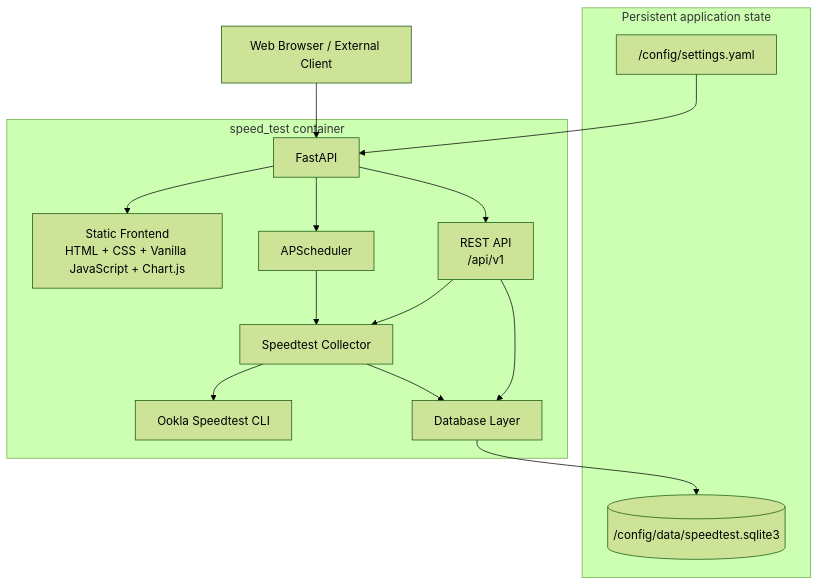
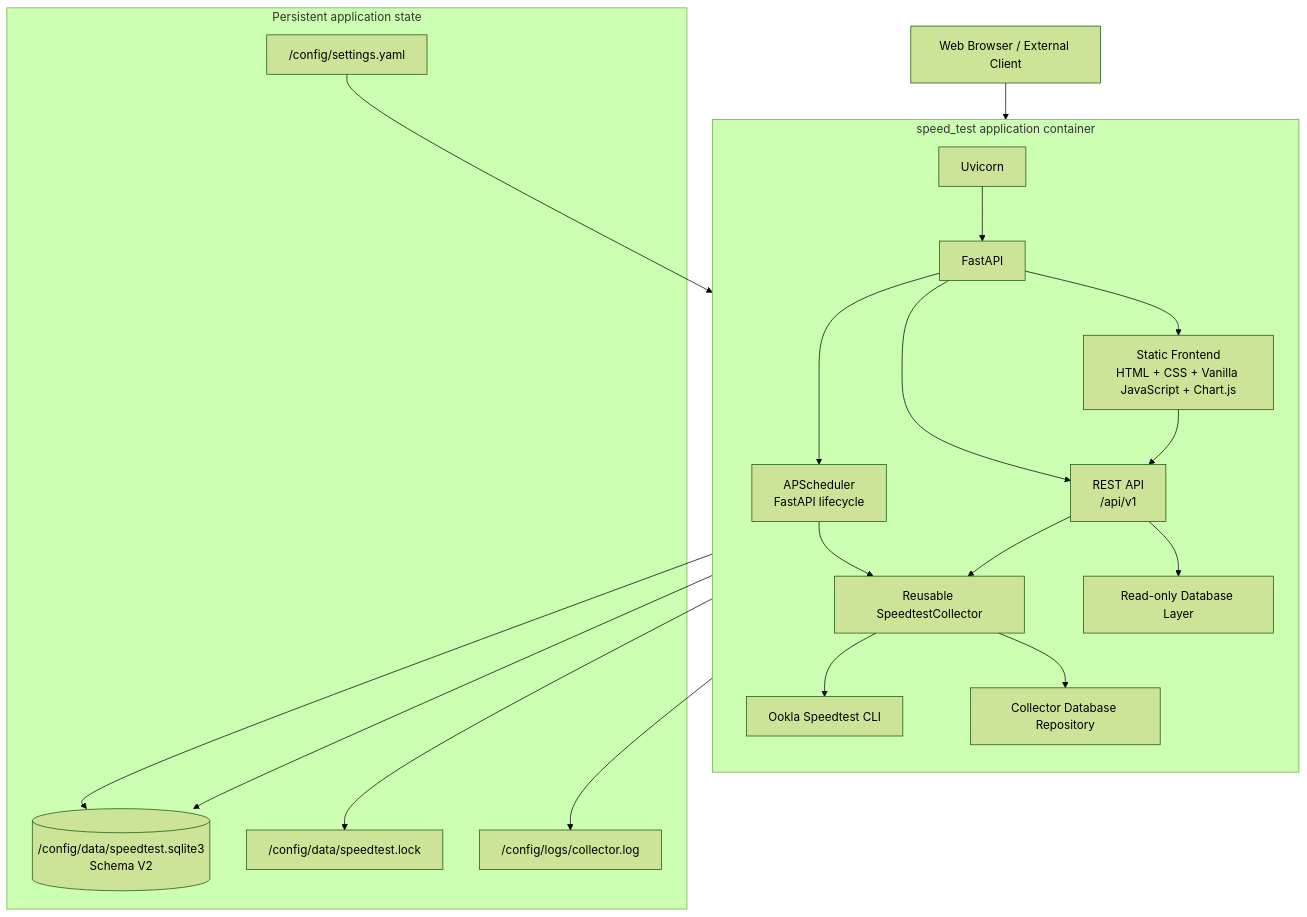
One commit to cristianCanek/speed_test changed the diagram in README.md. Above: the diagram before and after it, drawn with Mermaid (forest theme). The commit also changed other lines of this file and 2 other files, not shown here.

````diff
--- a/README.md
+++ b/README.md
@@ -285,32 +136,46 @@
 ```mermaid
 flowchart TB
-    subgraph PersistentState["Persistent application state"]
-        Config["/config/settings.yaml"]
-        SQLite[("/config/data/speedtest.sqlite3")]
-    end
+    Browser["Web Browser / External Client"]
 
-    subgraph Container["speed_test container"]
+    subgraph Container["speed_test application container"]
+        direction TB
+
+        Uvicorn["Uvicorn"]
         FastAPI["FastAPI"]
         Frontend["Static Frontend<br/>HTML + CSS + Vanilla JavaScript + Chart.js"]
         API["REST API<br/>/api/v1"]
-        Scheduler["APScheduler"]
-        Collector["Speedtest Collector"]
+        Scheduler["APScheduler<br/>FastAPI lifecycle"]
+        Collector["Reusable SpeedtestCollector"]
         Ookla["Ookla Speedtest CLI"]
-        Database["Database Layer"]
+        ReadDB["Read-only Database Layer"]
+        Repository["Collector Database Repository"]
 
+        Uvicorn --> FastAPI
         FastAPI --> Frontend
         FastAPI --> API
         FastAPI --> Scheduler
+
+        Frontend --> API
         Scheduler --> Collector
         API --> Collector
+
         Collector --> Ookla
-        Collector --> Database
-        API --> Database
+        Collector --> Repository
+        API --> ReadDB
     end
 
-    Browser["Web Browser / External Client"]
+    subgraph Persistent["Persistent application state"]
+        Config["/config/settings.yaml"]
+        SQLite[("/config/data/speedtest.sqlite3<br/>Schema V2")]
+        Lock["/config/data/speedtest.lock"]
+        Log["/config/logs/collector.log"]
+    end
 
     Browser --> FastAPI
-    Database --> SQLite
+
     Config --> FastAPI
+    Repository --> SQLite
+    ReadDB --> SQLite
+    Collector --> Lock
+    Collector --> Log
 ```
````
